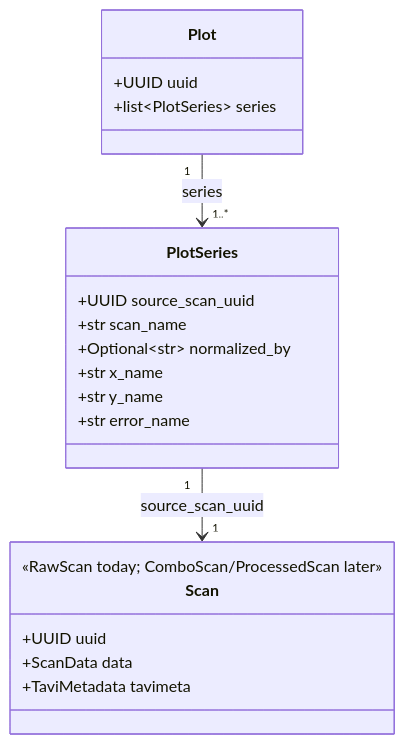
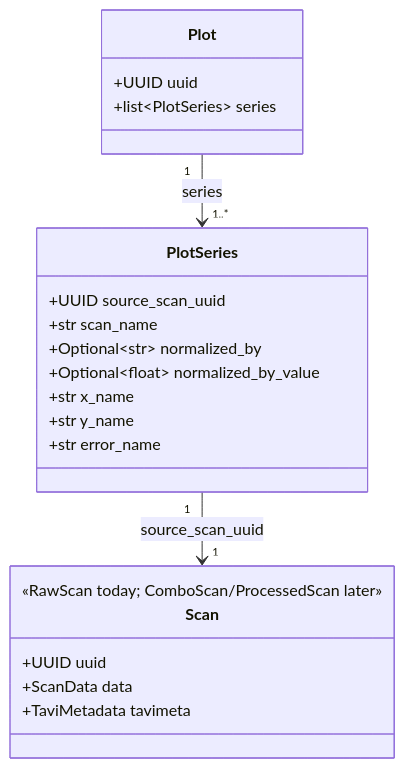
Before and after one commit to neutrons/TAVI: the first of 2 diagrams in docs/source/design/frontend/plot_data_model.rst, drawn with Mermaid. The commit also changed other lines of this file and 29 other files, not shown here.

```diff
--- a/docs/source/design/frontend/plot_data_model.rst
+++ b/docs/source/design/frontend/plot_data_model.rst
@@ -45,23 +46,24 @@
 .. mermaid::
 
     classDiagram
         class Plot {
             +UUID uuid
             +list~PlotSeries~ series
         }
         class PlotSeries {
             +UUID source_scan_uuid
             +str scan_name
             +Optional~str~ normalized_by
+            +Optional~float~ normalized_by_value
             +str x_name
             +str y_name
             +str error_name
         }
         class Scan {
             <<RawScan today; ComboScan/ProcessedScan later>>
             +UUID uuid
             +ScanData data
             +TaviMetadata tavimeta
         }
         Plot "1" --> "1..*" PlotSeries : series
         PlotSeries "1" --> "1" Scan : source_scan_uuid
```
